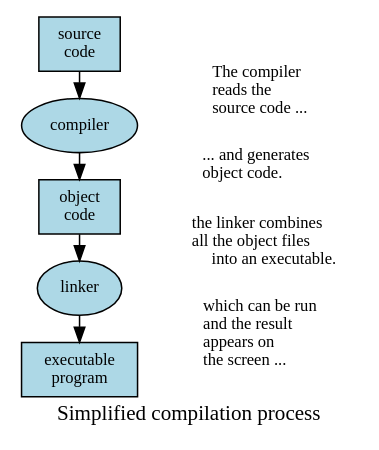
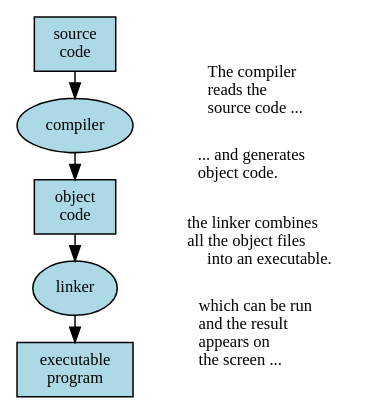
Before and after one commit to DaveParillo/cisc192-reader: the second of 2 diagrams in src/chapter1/programming_language.rst, drawn with Graphviz. The commit also changed other lines of this file and 20 other files, not shown here.

```diff
--- a/src/chapter1/programming_language.rst
+++ b/src/chapter1/programming_language.rst
@@ -105,41 +105,41 @@
 .. digraph:: compilers
+   :name: fig_compiler_process
+   :caption: Simplified compilation process
+   :alt: diagram showing source code compiled into object code and an executable program
    :align: center
-   :alt: Simplified compilation process
 
    fontname = "Bitstream Vera Sans"
    node [
       fontname = "Bitstream Vera Sans"
       fontsize = 11
       style=filled
       fillcolor=lightblue
    ]
    edge [constraint=false]
 
-   label="Simplified compilation process";
-   labelloc=bottom;
    rankdir=LR;
    src [label="source\ncode", shape="box"];
    obj [label="object\ncode", shape="box"];
    exe [label="executable\nprogram", shape="box"];
    src -> compiler -> obj -> linker -> exe;
 
 
    node [
        shape="plain"
        style=none
    ]
    edge [style=invis, constraint=true]
    t1 [label="The compiler\lreads the\lsource code ...\l"];
    t2 [label="... and generates\lobject code.\l"];
    t3 [label="the linker combines\lall the object files\linto an executable."];
    t4 [label="which can be run\land the result\lappears on\lthe screen ...\l"];
    src -> t1;
    compiler -> t1;
    compiler -> t2;
    obj  -> t2;
    obj  -> t3;
    linker  -> t3;
    linker  -> t4;
    exe  -> t4;
 
    {rank=sink; t1 t2 t3 t4};
```
